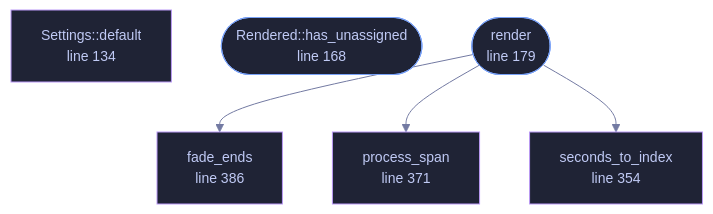
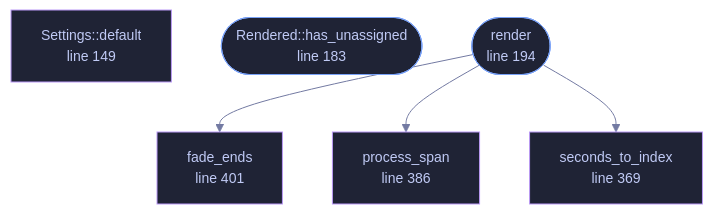
Before and after one commit to tilas01/veilvoice: the diagram in docs/files/veilvoice-conversation/render.md, drawn with Mermaid. The commit also changed other lines of this file and 487 other files, not shown here.

````diff
--- a/docs/files/veilvoice-conversation/render.md
+++ b/docs/files/veilvoice-conversation/render.md
@@ -169,23 +185,23 @@
 ```mermaid
 %%{init: {"theme":"base","themeVariables":{"background":"#1a1b26","primaryColor":"#1f2335","primaryTextColor":"#c0caf5","primaryBorderColor":"#7aa2f7","secondaryColor":"#16161e","tertiaryColor":"#16161e","lineColor":"#737aa2","textColor":"#c0caf5","mainBkg":"#1f2335","nodeBorder":"#7aa2f7","clusterBkg":"#16161e","clusterBorder":"#2f3549","fontFamily":"ui-monospace, SFMono-Regular, Consolas, monospace","fontSize":"14px"}}}%%
 flowchart TD
-    n_default["Settings::default<br/>line 134"]
-    n_has_unassigned(["Rendered::has_unassigned<br/>line 168"])
-    n_render(["render<br/>line 179"])
-    n_seconds_to_index["seconds_to_index<br/>line 354"]
-    n_process_span["process_span<br/>line 371"]
-    n_fade_ends["fade_ends<br/>line 386"]
+    n_default["Settings::default<br/>line 149"]
+    n_has_unassigned(["Rendered::has_unassigned<br/>line 183"])
+    n_render(["render<br/>line 194"])
+    n_seconds_to_index["seconds_to_index<br/>line 369"]
+    n_process_span["process_span<br/>line 386"]
+    n_fade_ends["fade_ends<br/>line 401"]
     n_render --> n_fade_ends
     n_render --> n_process_span
     n_render --> n_seconds_to_index
-    click n_default href "https://github.com/tilas01/veilvoice/blob/main/crates/veilvoice-conversation/src/render.rs#L134" "open the source"
-    click n_has_unassigned href "https://github.com/tilas01/veilvoice/blob/main/crates/veilvoice-conversation/src/render.rs#L168" "open the source"
-    click n_render href "https://github.com/tilas01/veilvoice/blob/main/crates/veilvoice-conversation/src/render.rs#L179" "open the source"
-    click n_seconds_to_index href "https://github.com/tilas01/veilvoice/blob/main/crates/veilvoice-conversation/src/render.rs#L354" "open the source"
-    click n_process_span href "https://github.com/tilas01/veilvoice/blob/main/crates/veilvoice-conversation/src/render.rs#L371" "open the source"
-    click n_fade_ends href "https://github.com/tilas01/veilvoice/blob/main/crates/veilvoice-conversation/src/render.rs#L386" "open the source"
+    click n_default href "https://github.com/tilas01/veilvoice/blob/main/crates/veilvoice-conversation/src/render.rs#L149" "open the source"
+    click n_has_unassigned href "https://github.com/tilas01/veilvoice/blob/main/crates/veilvoice-conversation/src/render.rs#L183" "open the source"
+    click n_render href "https://github.com/tilas01/veilvoice/blob/main/crates/veilvoice-conversation/src/render.rs#L194" "open the source"
+    click n_seconds_to_index href "https://github.com/tilas01/veilvoice/blob/main/crates/veilvoice-conversation/src/render.rs#L369" "open the source"
+    click n_process_span href "https://github.com/tilas01/veilvoice/blob/main/crates/veilvoice-conversation/src/render.rs#L386" "open the source"
+    click n_fade_ends href "https://github.com/tilas01/veilvoice/blob/main/crates/veilvoice-conversation/src/render.rs#L401" "open the source"
     classDef entry fill:#1f2335,stroke:#7aa2f7,color:#c0caf5
     class n_has_unassigned,n_render entry
     classDef helper fill:#1f2335,stroke:#bb9af7,color:#c0caf5
     class n_default,n_seconds_to_index,n_process_span,n_fade_ends helper
 ```
````
